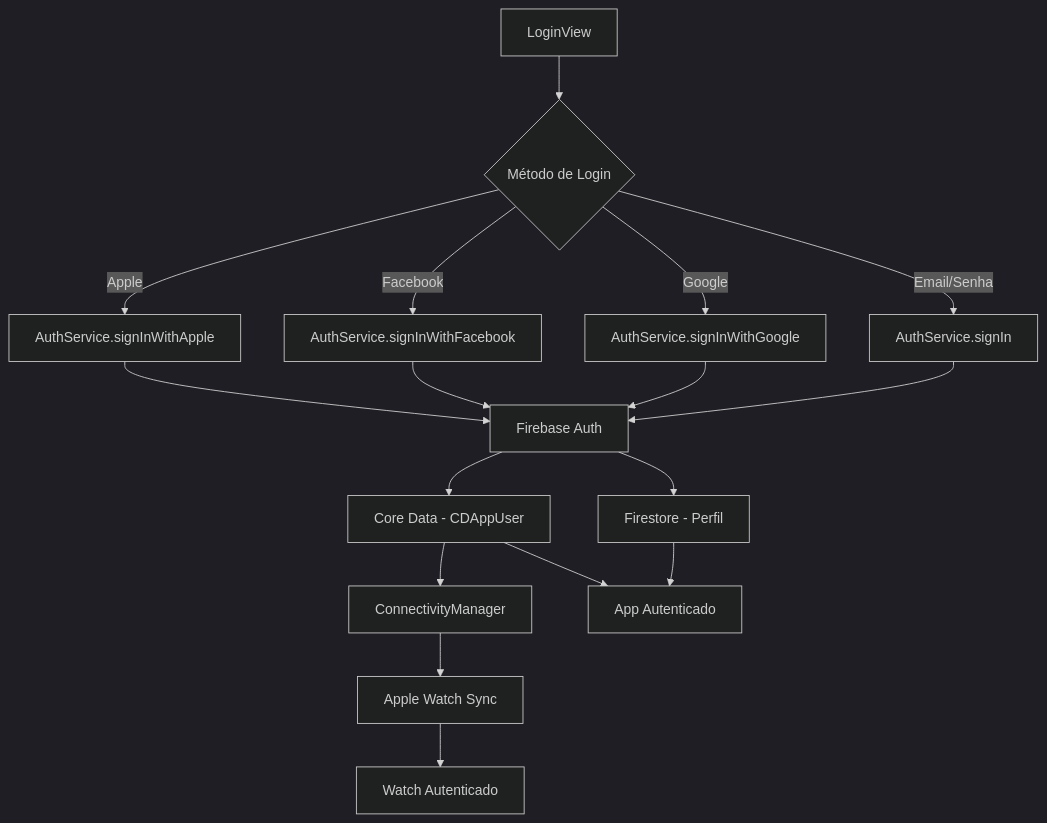
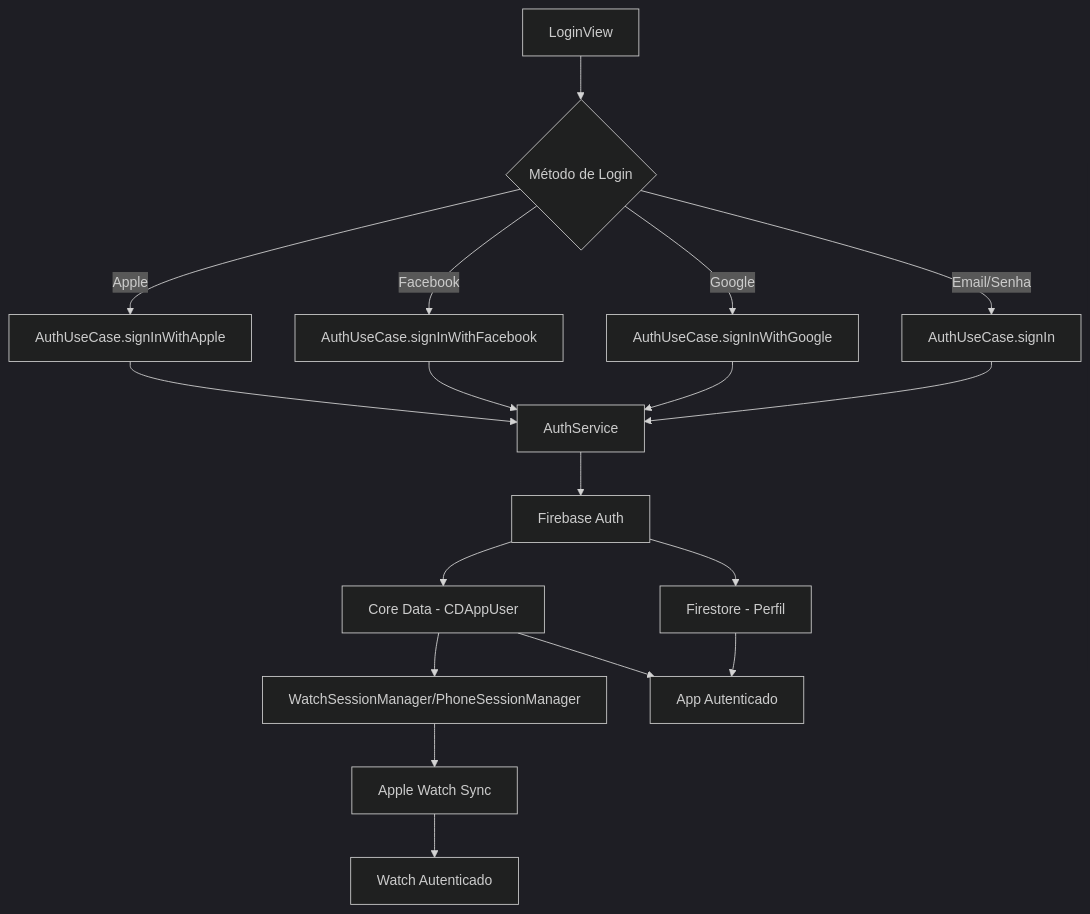
One commit to odanlobo/Fitter-V2 changed the diagram in README.md. Above: the diagram before and after it, drawn with Mermaid (dark theme). The commit also changed other lines of this file and 384 other files, not shown here.

````diff
--- a/README.md
+++ b/README.md
@@ -770,23 +754,24 @@
 ```mermaid
 graph TD
     A[LoginView] --> B{Método de Login}
-    B -->|Email/Senha| C[AuthService.signIn]
-    B -->|Google| D[AuthService.signInWithGoogle]
-    B -->|Facebook| E[AuthService.signInWithFacebook]
-    B -->|Apple| F[AuthService.signInWithApple]
+    B -->|Email/Senha| C[AuthUseCase.signIn]
+    B -->|Google| D[AuthUseCase.signInWithGoogle]
+    B -->|Facebook| E[AuthUseCase.signInWithFacebook]
+    B -->|Apple| F[AuthUseCase.signInWithApple]
     
-    C --> G[Firebase Auth]
+    C --> G[AuthService]
     D --> G
     E --> G
     F --> G
     
-    G --> H[Firestore - Perfil]
-    G --> I[Core Data - CDAppUser]
+    G --> H[Firebase Auth]
+    H --> I[Firestore - Perfil]
+    H --> J[Core Data - CDAppUser]
     
-    I --> J[ConnectivityManager]
-    J --> K[Apple Watch Sync]
+    J --> K[WatchSessionManager/PhoneSessionManager]
+    K --> L[Apple Watch Sync]
     
-    H --> L[App Autenticado]
-    I --> L
-    K --> M[Watch Autenticado]
+    I --> M[App Autenticado]
+    J --> M
+    L --> N[Watch Autenticado]
 ```
````
